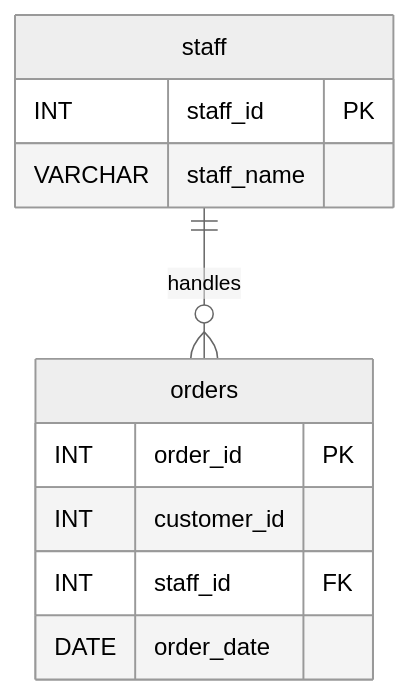
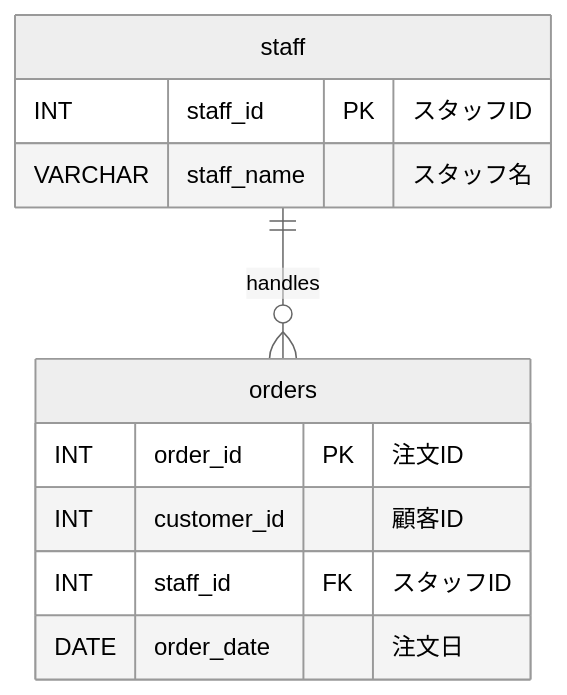
The third of 5 diagrams in 05_database/01/docs/normalization.md (tanaka-yui/learning), drawn with Mermaid (neutral theme) before and after one commit. The commit also changed other lines of this file, not shown here.

Commit message:
docs(database): replace SQL with table definitions and ER diagrams, add Japanese column names

````diff
--- a/05_database/01/docs/normalization.md
+++ b/05_database/01/docs/normalization.md
@@ -272,15 +215,15 @@
 ```mermaid
 erDiagram
     staff ||--o{ orders : "handles"
 
     staff {
-        INT staff_id PK
-        VARCHAR staff_name
+        INT staff_id PK "スタッフID"
+        VARCHAR staff_name "スタッフ名"
     }
     orders {
-        INT order_id PK
-        INT customer_id
-        INT staff_id FK
-        DATE order_date
+        INT order_id PK "注文ID"
+        INT customer_id "顧客ID"
+        INT staff_id FK "スタッフID"
+        DATE order_date "注文日"
     }
 ```
````
